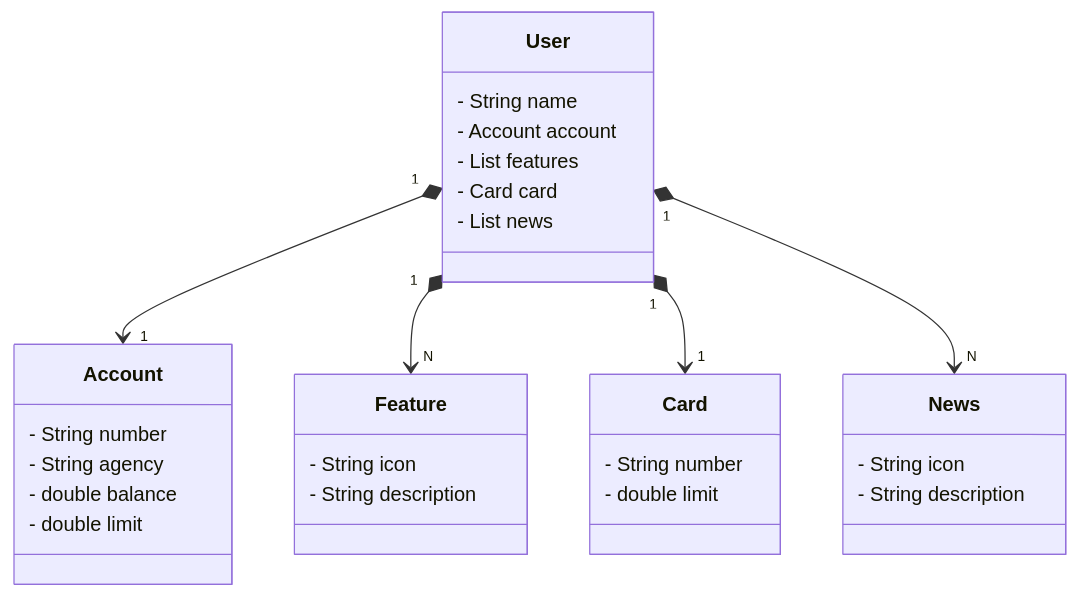
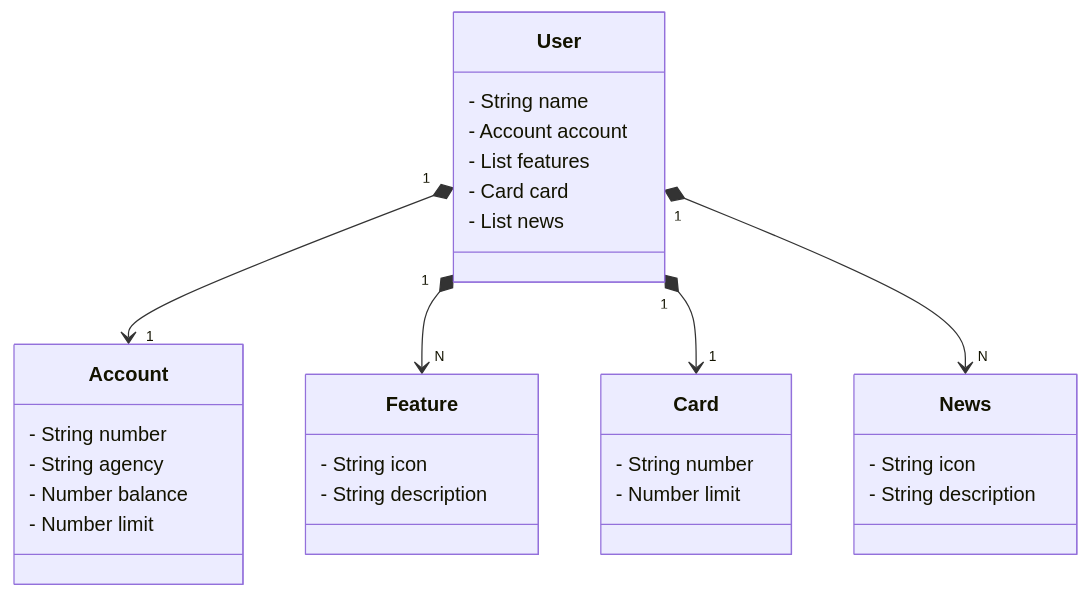
One commit to abimas59/BCSantander changed the diagram in README.md. Above: the diagram before and after it, drawn with Mermaid.

````diff
--- a/README.md
+++ b/README.md
@@ -5,33 +5,33 @@
 ```mermaid
 classDiagram
     class User {
         - String name
         - Account account
         - List<Feature> features
         - Card card
         - List<News> news
     }
     class Account {
         - String number
         - String agency
-        - double balance
-        - double limit
+        - Number balance
+        - Number limit
     }
     class Feature {
         - String icon
         - String description
     }
     class Card {
         - String number
-        - double limit
+        - Number limit
     }
     class News {
         - String icon
         - String description
     }
 
     User "1" *--> "1" Account
     User "1" *--> "N" Feature
     User "1" *--> "1" Card
     User "1" *--> "N" News
 ```
````
